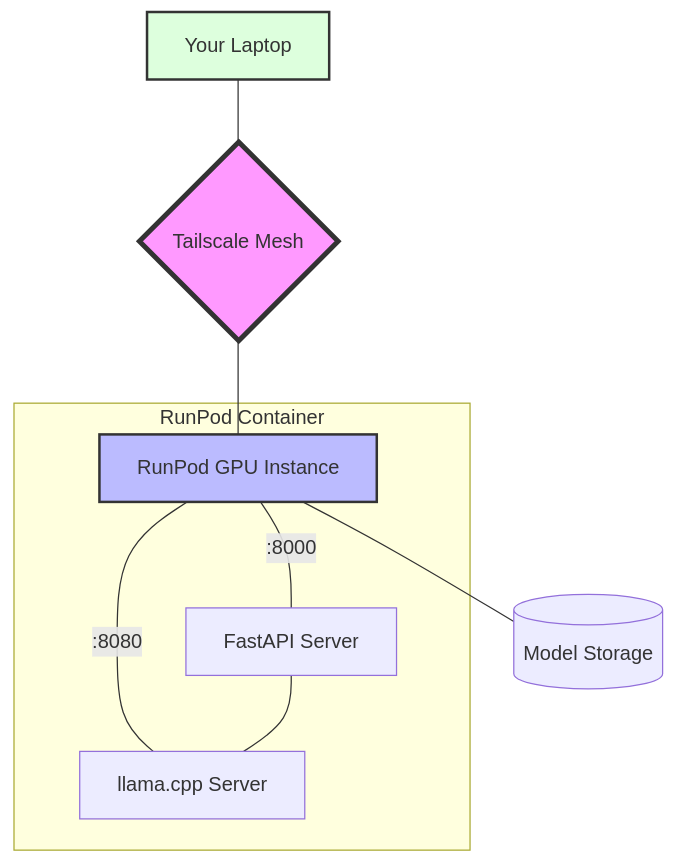
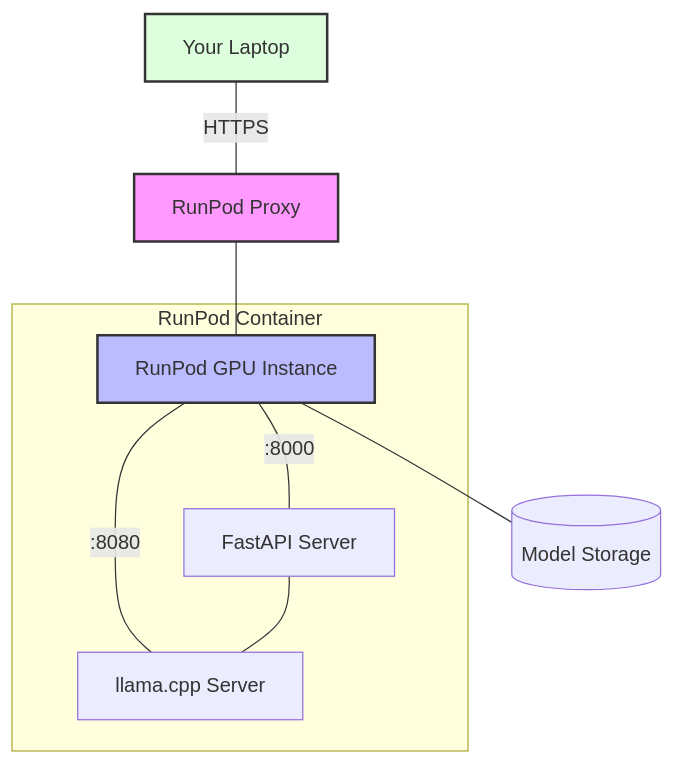
Before and after one commit to rybruscoe/deepseek-server: the diagram in README.md, drawn with Mermaid. The commit also changed other lines of this file and 2 other files, not shown here.

Commit message:
Removing tailscale since it is not supported on Run Pod

````diff
--- a/README.md
+++ b/README.md
@@ -7,16 +7,16 @@
 ```mermaid
 graph TD
-    L[Your Laptop] --- TS{Tailscale Mesh}
-    TS --- P[RunPod GPU Instance]
+    L[Your Laptop] --- |HTTPS| PR[RunPod Proxy]
+    PR --- P[RunPod GPU Instance]
     P --- M[(Model Storage)]
     
     subgraph "RunPod Container"
         P ---|:8000| F[FastAPI Server]
         P --- |:8080| LL[llama.cpp Server]
         F --- LL
     end
 
-    style TS fill:#f9f,stroke:#333,stroke-width:4px
     style P fill:#bbf,stroke:#333,stroke-width:2px
     style L fill:#dfd,stroke:#333,stroke-width:2px
+    style PR fill:#f9f,stroke:#333,stroke-width:2px
 ```
````
